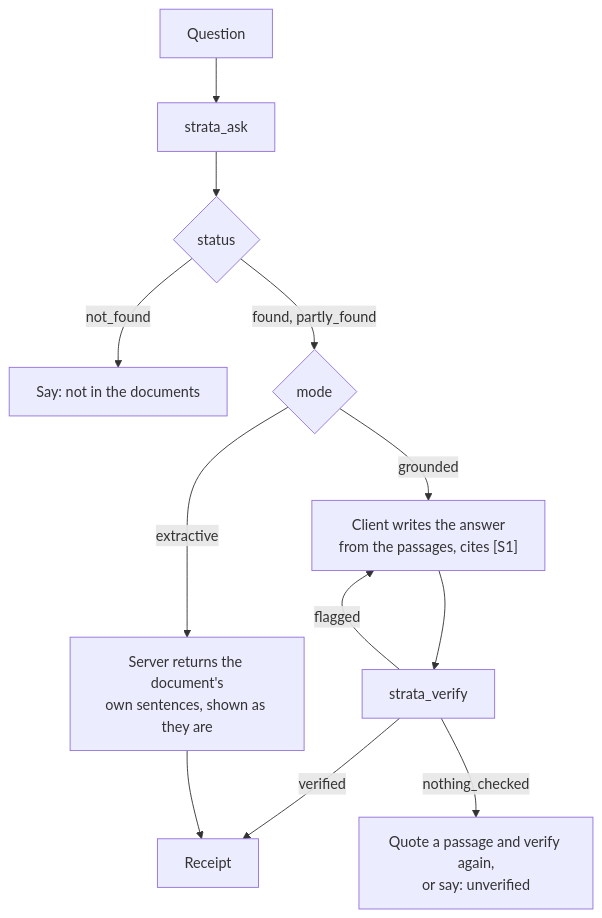
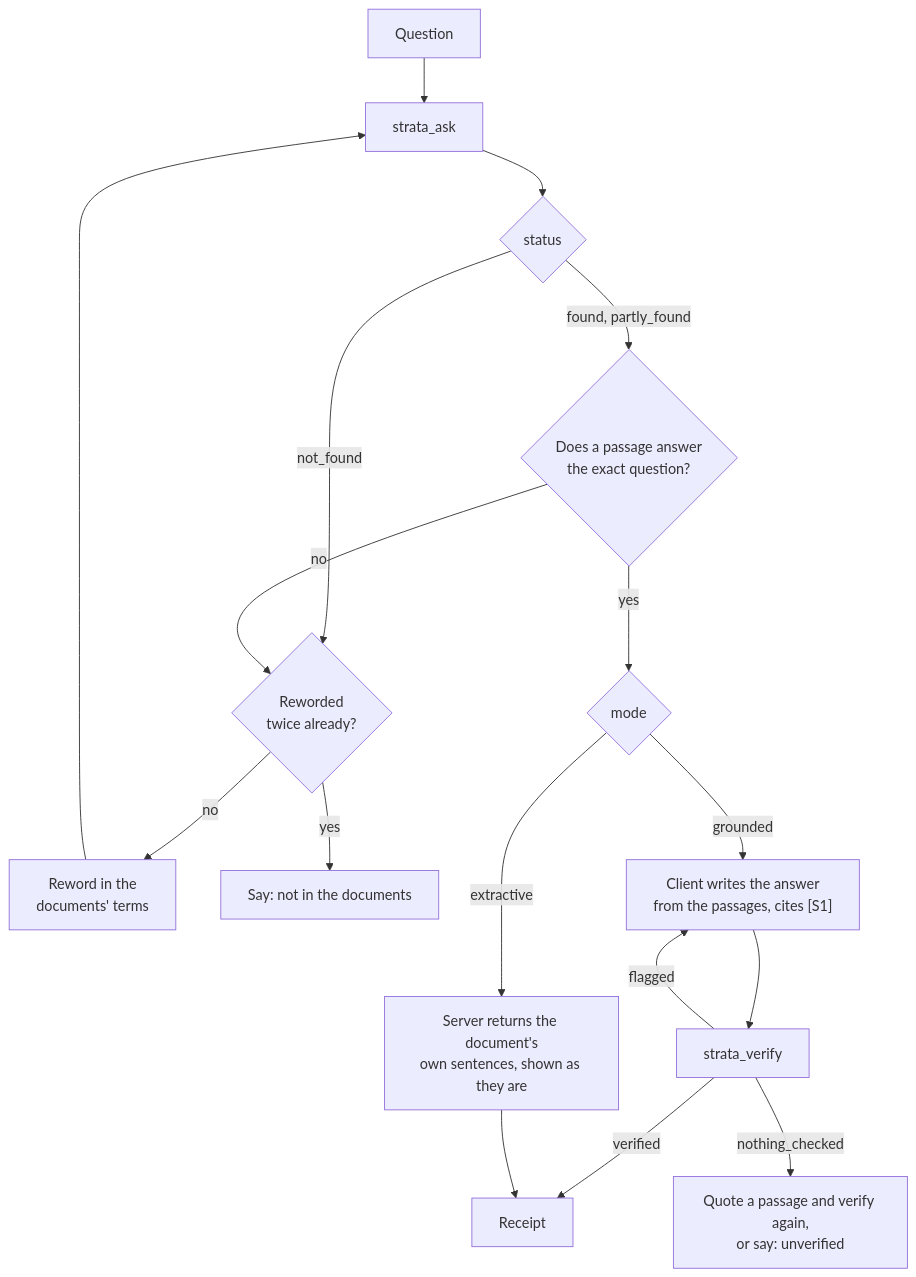
Before and after one commit to boudou/StrataKB: the third of 4 diagrams in README.md, drawn with Mermaid. The commit also changed other lines of this file and 3 other files, not shown here.

First line of the commit message:
Answer contract: check the passages answer the question, reword after not_found (#219) (#271)

````diff
--- a/README.md
+++ b/README.md
@@ -105,12 +105,16 @@
 ```mermaid
 flowchart TD
     Q[Question] --> A[strata_ask]
     A --> S{status}
-    S -->|not_found| N["Say: not in the documents"]
-    S -->|"found, partly_found"| M{mode}
+    S -->|not_found| T{"Reworded<br/>twice already?"}
+    T -->|no| RW["Reword in the<br/>documents' terms"] --> A
+    T -->|yes| N["Say: not in the documents"]
+    S -->|"found, partly_found"| C{"Does a passage answer<br/>the exact question?"}
+    C -->|no| T
+    C -->|yes| M{mode}
     M -->|grounded| W["Client writes the answer<br/>from the passages, cites [S1]"] --> V[strata_verify]
     V -->|flagged| W
     V -->|verified| R[Receipt]
     V -->|nothing_checked| U["Quote a passage and verify again,<br/>or say: unverified"]
     M -->|extractive| X["Server returns the document's<br/>own sentences, shown as they are"] --> R
 ```
````
